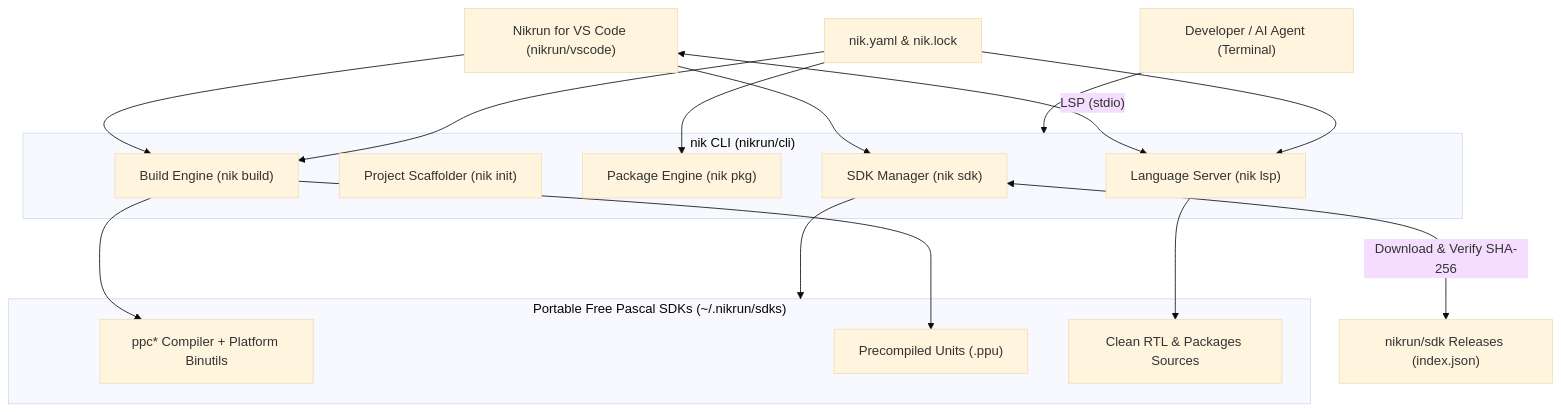
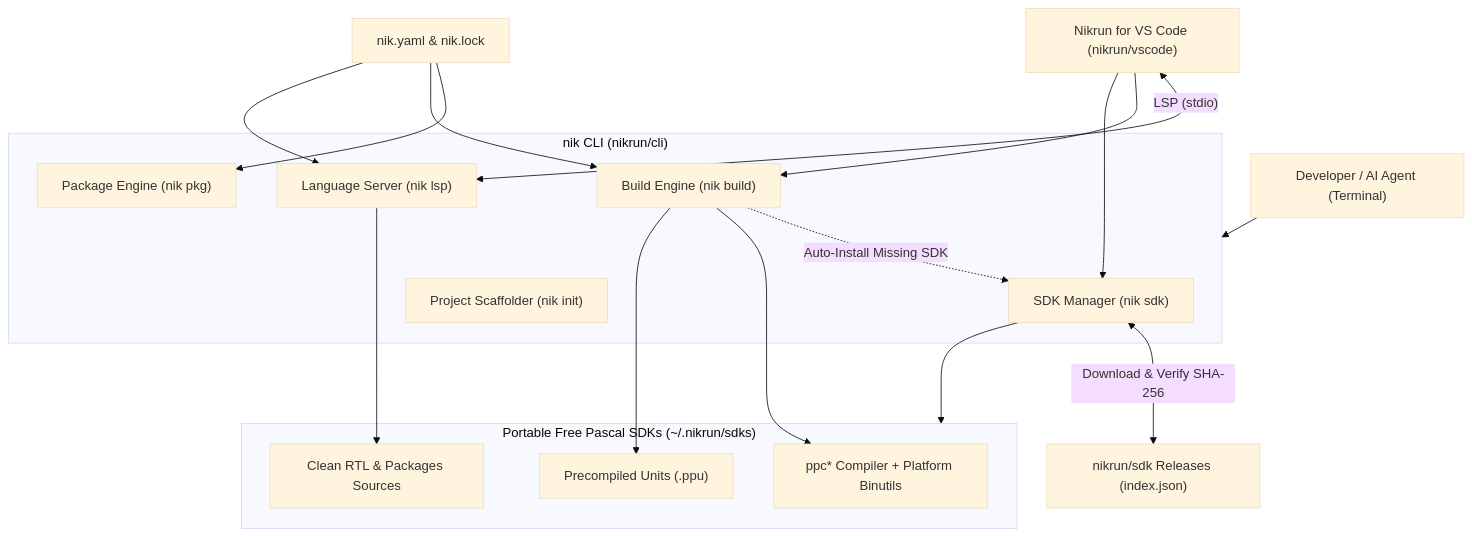
Before and after one commit to nikrun/cli: the diagram in README.md, drawn with Mermaid (base theme). The commit also changed other lines of this file and 6 other files, not shown here.

First line of the commit message:
feat(build): automatically provision missing Free Pascal SDKs on nik build

````diff
--- a/README.md
+++ b/README.md
@@ -48,37 +48,38 @@
 ```mermaid
 flowchart TB
     VSC["Nikrun for VS Code (nikrun/vscode)"]
     USER["Developer / AI Agent (Terminal)"]
     MANIFEST["nik.yaml & nik.lock"]
 
     subgraph NIK["nik CLI (nikrun/cli)"]
         SDKM["SDK Manager (nik sdk)"]
         INIT["Project Scaffolder (nik init)"]
         PKG["Package Engine (nik pkg)"]
         BUILD["Build Engine (nik build)"]
         LSP["Language Server (nik lsp)"]
     end
 
     subgraph SDKS["Portable Free Pascal SDKs (~/.nikrun/sdks)"]
         FPC["ppc* Compiler + Platform Binutils"]
         PPU["Precompiled Units (.ppu)"]
         SRC["Clean RTL & Packages Sources"]
     end
 
     REG["nikrun/sdk Releases (index.json)"]
 
     USER --> NIK
     VSC <-->|"LSP (stdio)"| LSP
     VSC --> BUILD
     VSC --> SDKM
 
     MANIFEST --> PKG
     MANIFEST --> BUILD
     MANIFEST --> LSP
 
     SDKM <-->|"Download & Verify SHA-256"| REG
     SDKM --> SDKS
+    BUILD -.->|"Auto-Install Missing SDK"| SDKM
     BUILD --> FPC
     BUILD --> PPU
     LSP --> SRC
 ```
````
